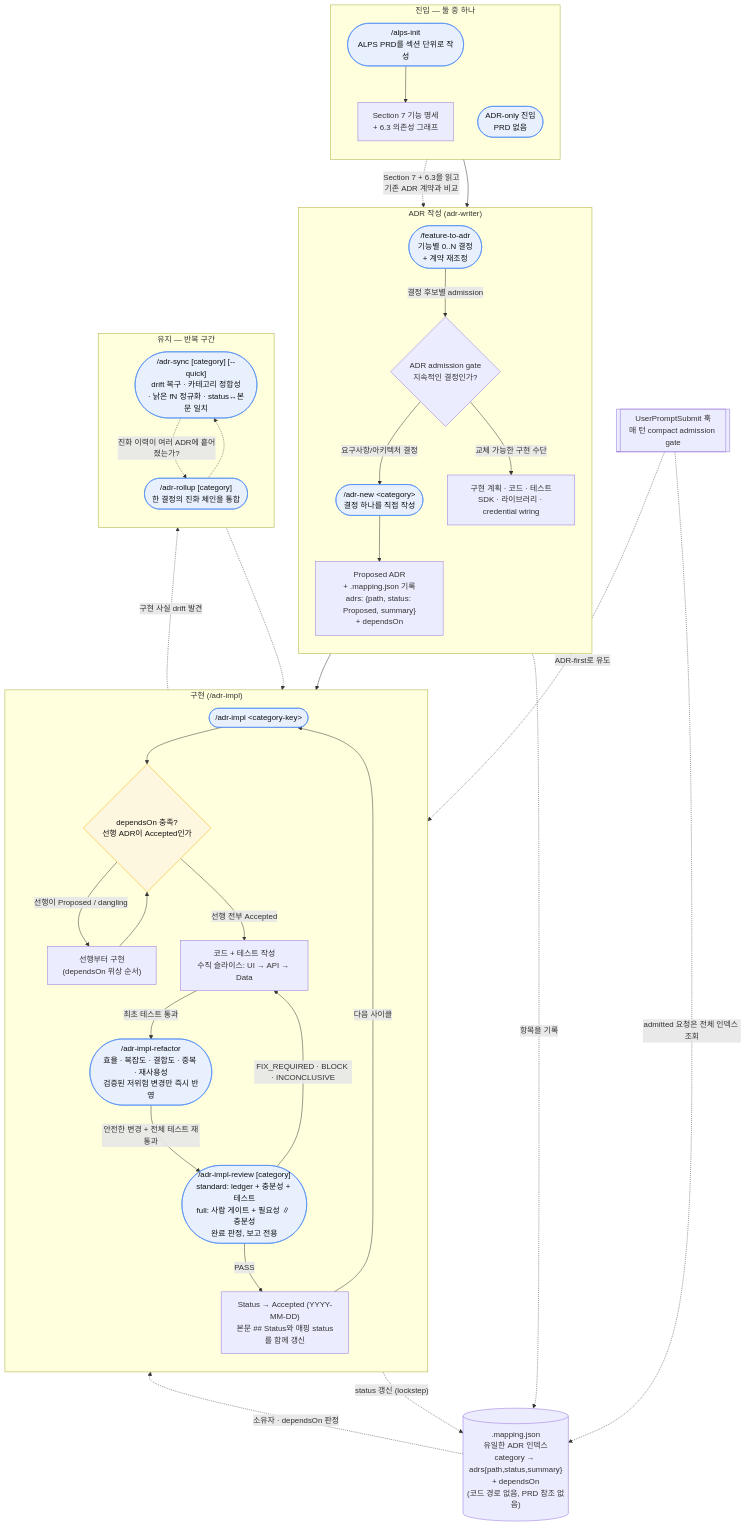
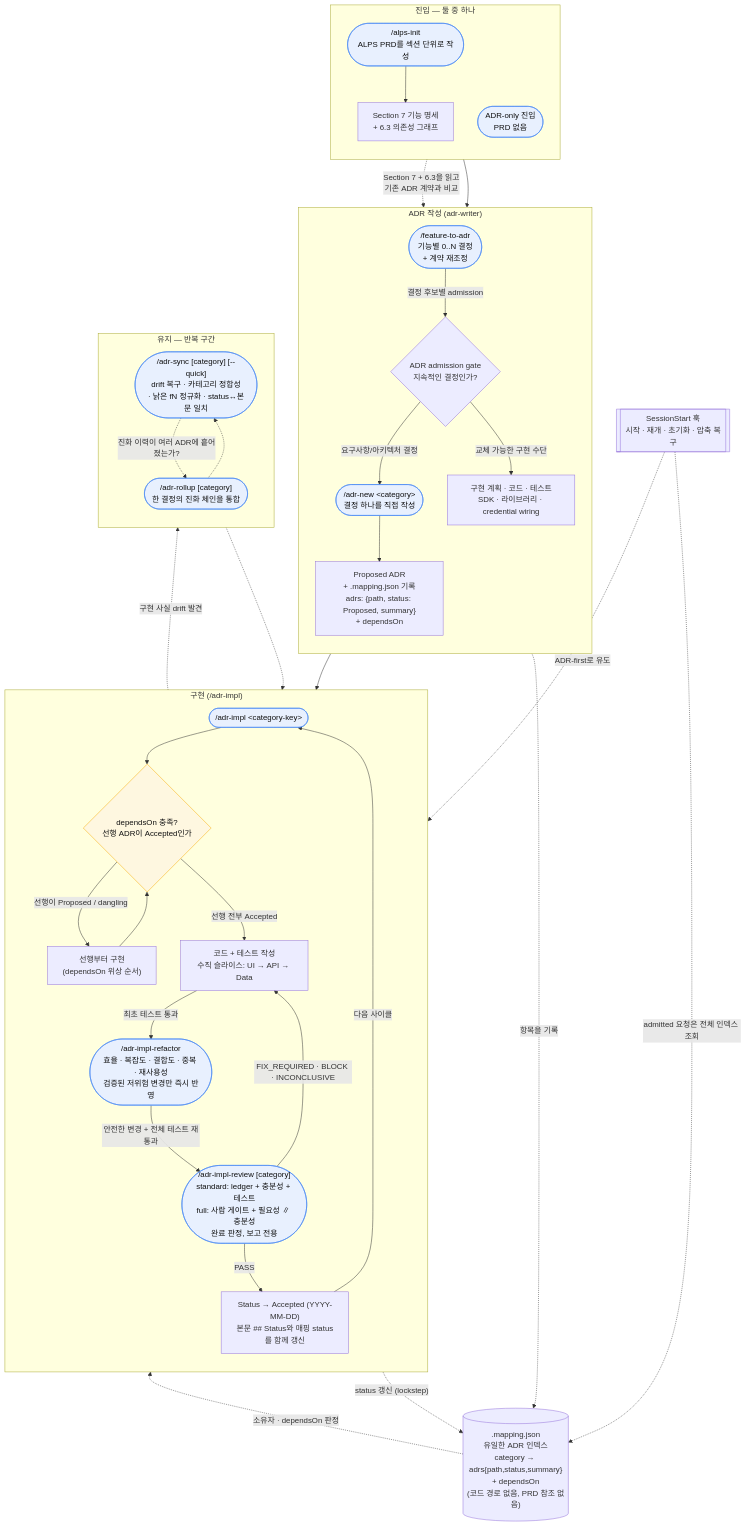
One commit to haandol/alps-writer-mcp changed the first of 8 diagrams in docs/adr-process.md. Above: the diagram before and after it, drawn with Mermaid. The commit also changed other lines of this file and 30 other files, not shown here.

Commit message:
fix(adr): run hook on session lifecycle

````diff
--- a/docs/adr-process.md
+++ b/docs/adr-process.md
@@ -29,71 +29,71 @@
 ```mermaid
 flowchart TD
     subgraph entry["진입 — 둘 중 하나"]
         direction TB
         AlpsInit(["/alps-init<br/>ALPS PRD를 섹션 단위로 작성"])
         S7["Section 7 기능 명세<br/>+ 6.3 의존성 그래프"]
         AlpsInit --> S7
         ADROnly(["ADR-only 진입<br/>PRD 없음"])
     end
 
     subgraph author["ADR 작성 (adr-writer)"]
         direction TB
         F2A(["/feature-to-adr<br/>기능별 0..N 결정<br/>+ 계약 재조정"])
         Admit{"ADR admission gate<br/>지속적인 결정인가?"}
         Detail["구현 계획 · 코드 · 테스트<br/>SDK · 라이브러리 · credential wiring"]
         New(["/adr-new &lt;category&gt;<br/>결정 하나를 직접 작성"])
         Proposed["Proposed ADR<br/>+ .mapping.json 기록<br/>adrs: {path, status: Proposed, summary}<br/>+ dependsOn"]
         F2A -->|"결정 후보별 admission"| Admit
         ADROnly --> Admit
         Admit -->|"요구사항/아키텍처 결정"| New
         Admit -->|"교체 가능한 구현 수단"| Detail
         New --> Proposed
     end
 
     subgraph impl["구현 (/adr-impl)"]
         direction TB
         Impl(["/adr-impl &lt;category-key&gt;"])
         Gate{"dependsOn 충족?<br/>선행 ADR이 Accepted인가"}
         Prereq["선행부터 구현<br/>(dependsOn 위상 순서)"]
         Code["코드 + 테스트 작성<br/>수직 슬라이스: UI → API → Data"]
         Refactor(["/adr-impl-refactor<br/>효율 · 복잡도 · 결합도 · 중복 · 재사용성<br/>검증된 저위험 변경만 즉시 반영"])
         Review(["/adr-impl-review [category]<br/>standard: ledger + 충분성 + 테스트<br/>full: 사람 게이트 + 필요성 ∥ 충분성<br/>완료 판정, 보고 전용"])
         Accepted["Status → Accepted (YYYY-MM-DD)<br/>본문 ## Status와 매핑 status를 함께 갱신"]
         Impl --> Gate
         Gate -->|"선행이 Proposed / dangling"| Prereq
         Prereq --> Gate
         Gate -->|"선행 전부 Accepted"| Code
         Code -->|"최초 테스트 통과"| Refactor
         Refactor -->|"안전한 변경 + 전체 테스트 재통과"| Review
         Review -->|PASS| Accepted
         Review -->|"FIX_REQUIRED · BLOCK · INCONCLUSIVE"| Code
     end
 
     subgraph maint["유지 — 반복 구간"]
         direction TB
         Sync(["/adr-sync [category] [--quick]<br/>drift 복구 · 카테고리 정합성<br/>· 낡은 fN 정규화 · status↔본문 일치"])
         Rollup(["/adr-rollup [category]<br/>한 결정의 진화 체인을 통합"])
     end
 
     Mapping[(".mapping.json<br/>유일한 ADR 인덱스<br/>category → adrs{path,status,summary}<br/>+ dependsOn<br/>(코드 경로 없음, PRD 참조 없음)")]
-    Hook[["UserPromptSubmit 훅<br/>매 턴 compact admission gate"]]
+    Hook[["SessionStart 훅<br/>시작 · 재개 · 초기화 · 압축 복구"]]
 
     S7 -.->|"Section 7 + 6.3을 읽고<br/>기존 ADR 계약과 비교"| F2A
     Proposed --> Impl
     Review -.->|"구현 사실 drift 발견"| Sync
     Sync -.-> Review
     Accepted -->|"다음 사이클"| Impl
     Sync -.->|"진화 이력이 여러 ADR에 흩어졌는가?"| Rollup
     Rollup -.-> Sync
 
     Proposed -.->|"항목을 기록"| Mapping
     Accepted -.->|"status 갱신 (lockstep)"| Mapping
     Hook -.->|"admitted 요청은 전체 인덱스 조회"| Mapping
     Mapping -.->|"소유자 · dependsOn 판정"| Impl
     Hook -.->|"ADR-first로 유도"| Impl
 
     classDef cmd fill:#e8f0fe,stroke:#4285f4,color:#111;
     classDef gate fill:#fef7e0,stroke:#f9ab00,color:#111;
     class AlpsInit,F2A,New,Impl,Refactor,Review,Sync,Rollup,ADROnly cmd;
     class Gate gate;
 ```
````
